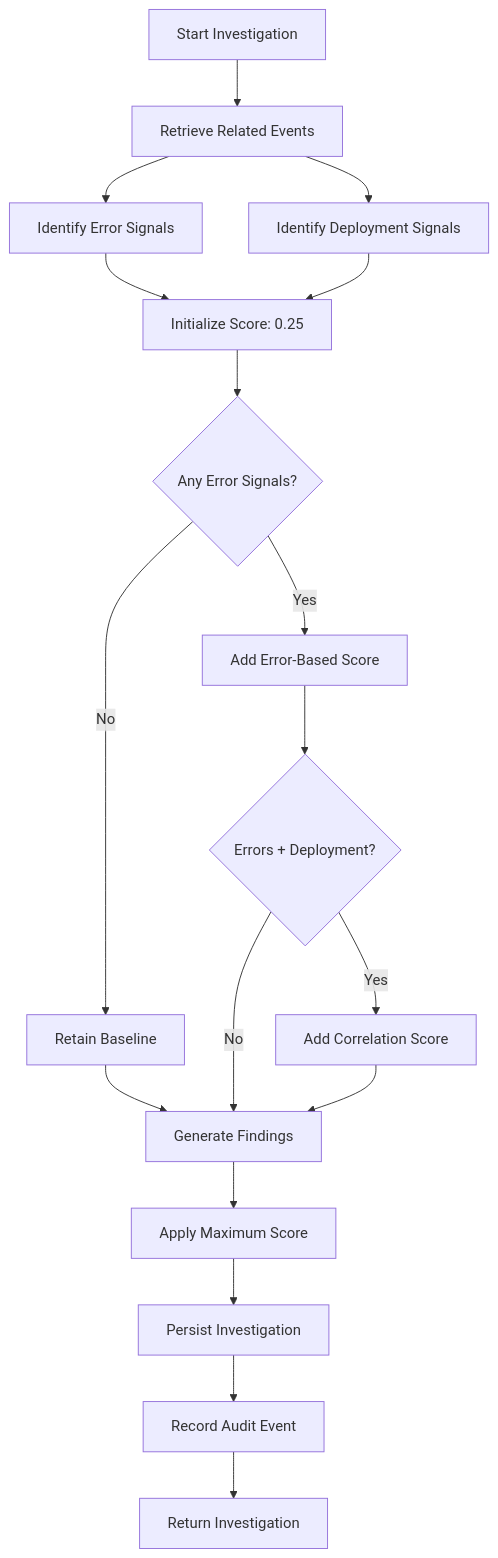
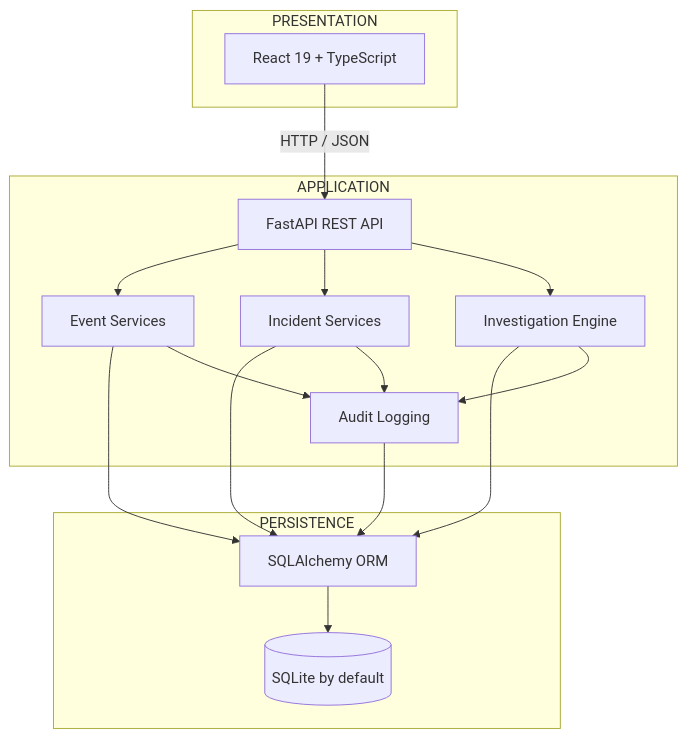
The first of 5 diagrams in README.md (akankshad1712/opspilot-ai), drawn with Mermaid before and after one commit. The commit also changed other lines of this file, not shown here.

````diff
--- a/README.md
+++ b/README.md
@@ -213,26 +76,34 @@
 ```mermaid
-flowchart TD
-    A["Start Investigation"] --> B["Retrieve Related Events"]
-    B --> C["Identify Error Signals"]
-    B --> D["Identify Deployment Signals"]
+flowchart TB
+    subgraph CLIENT["PRESENTATION"]
+        UI["React 19 + TypeScript"]
+    end
 
-    C --> E["Initialize Score: 0.25"]
-    D --> E
+    subgraph API["APPLICATION"]
+        REST["FastAPI REST API"]
+        EVENTS["Event Services"]
+        INCIDENTS["Incident Services"]
+        ENGINE["Investigation Engine"]
+        AUDIT["Audit Logging"]
+    end
 
-    E --> F{"Any Error Signals?"}
+    subgraph DATA["PERSISTENCE"]
+        ORM["SQLAlchemy ORM"]
+        DB[("SQLite by default")]
+    end
 
-    F -->|Yes| G["Add Error-Based Score"]
-    F -->|No| H["Retain Baseline"]
+    UI -->|"HTTP / JSON"| REST
+    REST --> EVENTS
+    REST --> INCIDENTS
+    REST --> ENGINE
 
-    G --> I{"Errors + Deployment?"}
-    H --> J["Generate Findings"]
+    EVENTS --> ORM
+    INCIDENTS --> ORM
+    ENGINE --> ORM
+    AUDIT --> ORM
 
-    I -->|Yes| K["Add Correlation Score"]
-    I -->|No| J
-
-    K --> J
-    J --> L["Apply Maximum Score"]
-    L --> M["Persist Investigation"]
-    M --> N["Record Audit Event"]
-    N --> O["Return Investigation"]
+    ORM --> DB
+    EVENTS --> AUDIT
+    INCIDENTS --> AUDIT
+    ENGINE --> AUDIT
 ```
````
